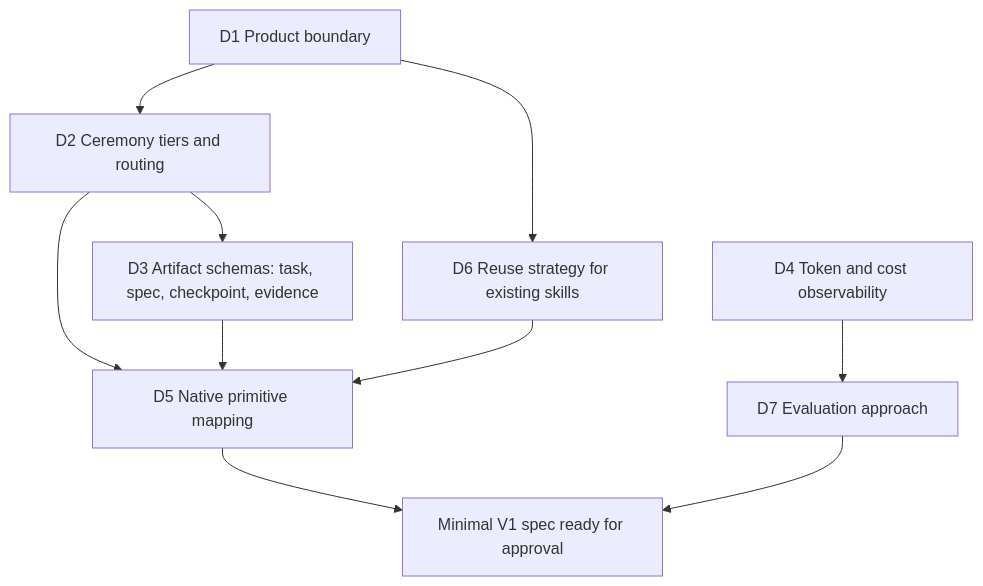
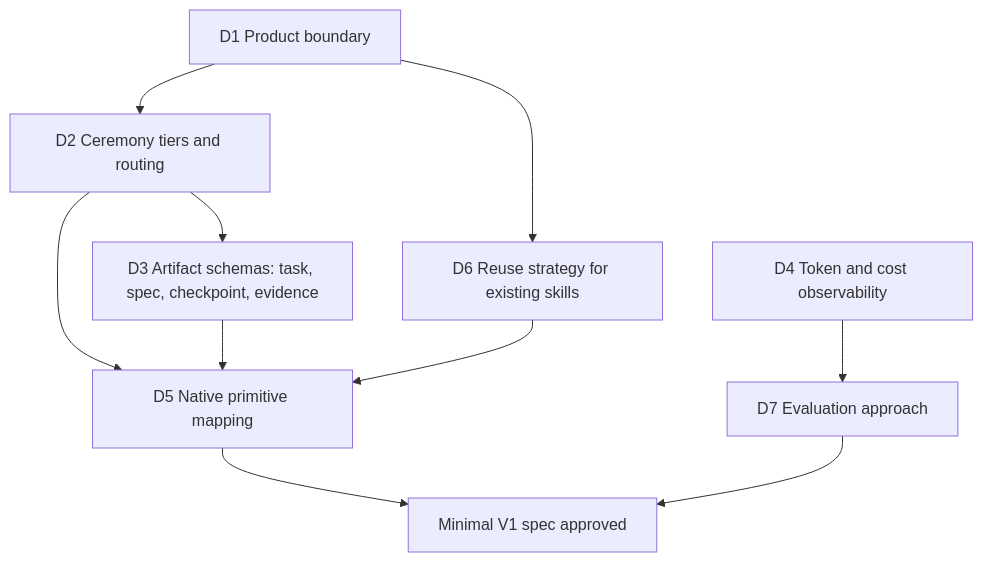
Before and after one commit to EduardoShibukawa/G-Inga: the diagram in docs/decision-map.md, drawn with Mermaid. The commit also changed 6 other files, not shown here.

````diff
--- a/docs/decision-map.md
+++ b/docs/decision-map.md
@@ -5,12 +5,12 @@
 ```mermaid
 flowchart TD
     D1["D1 Product boundary"] --> D2["D2 Ceremony tiers and routing"]
     D1 --> D6["D6 Reuse strategy for existing skills"]
     D2 --> D3["D3 Artifact schemas: task, spec, checkpoint, evidence"]
     D4["D4 Token and cost observability"] --> D7["D7 Evaluation approach"]
     D2 --> D5["D5 Native primitive mapping"]
     D3 --> D5
     D6 --> D5
-    D5 --> V1["Minimal V1 spec ready for approval"]
+    D5 --> V1["Minimal V1 spec approved"]
     D7 --> V1
 ```
````
